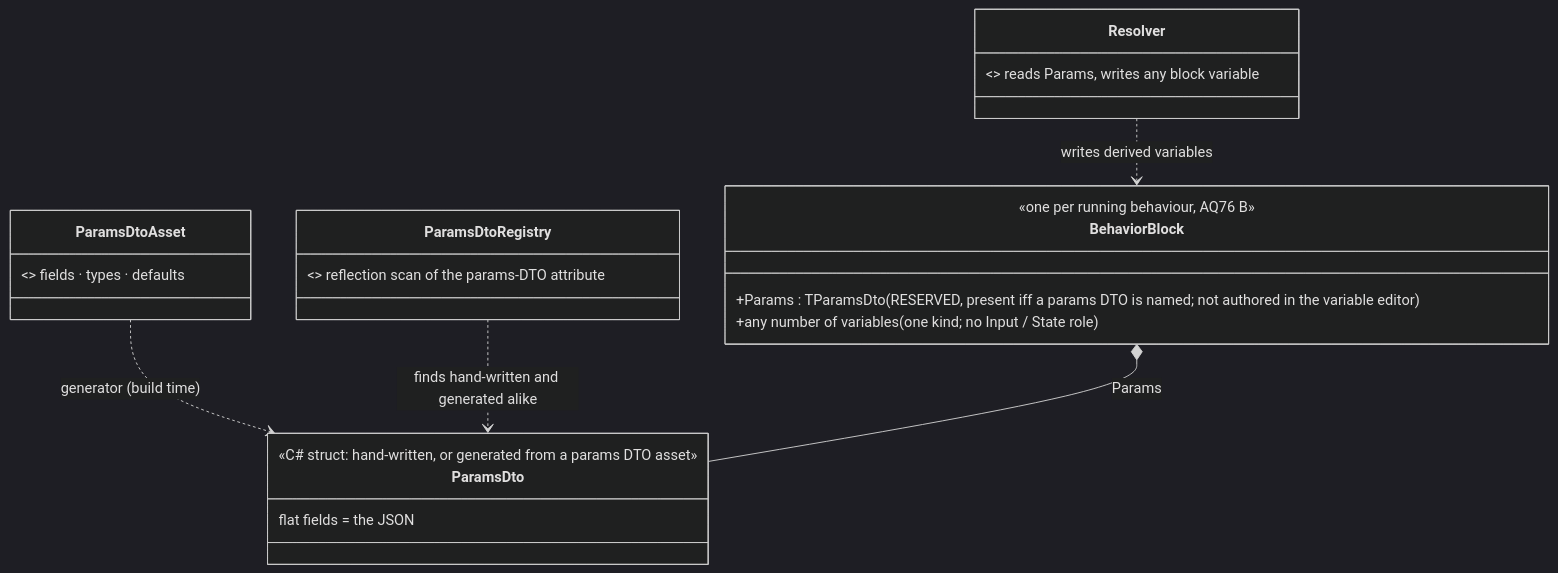
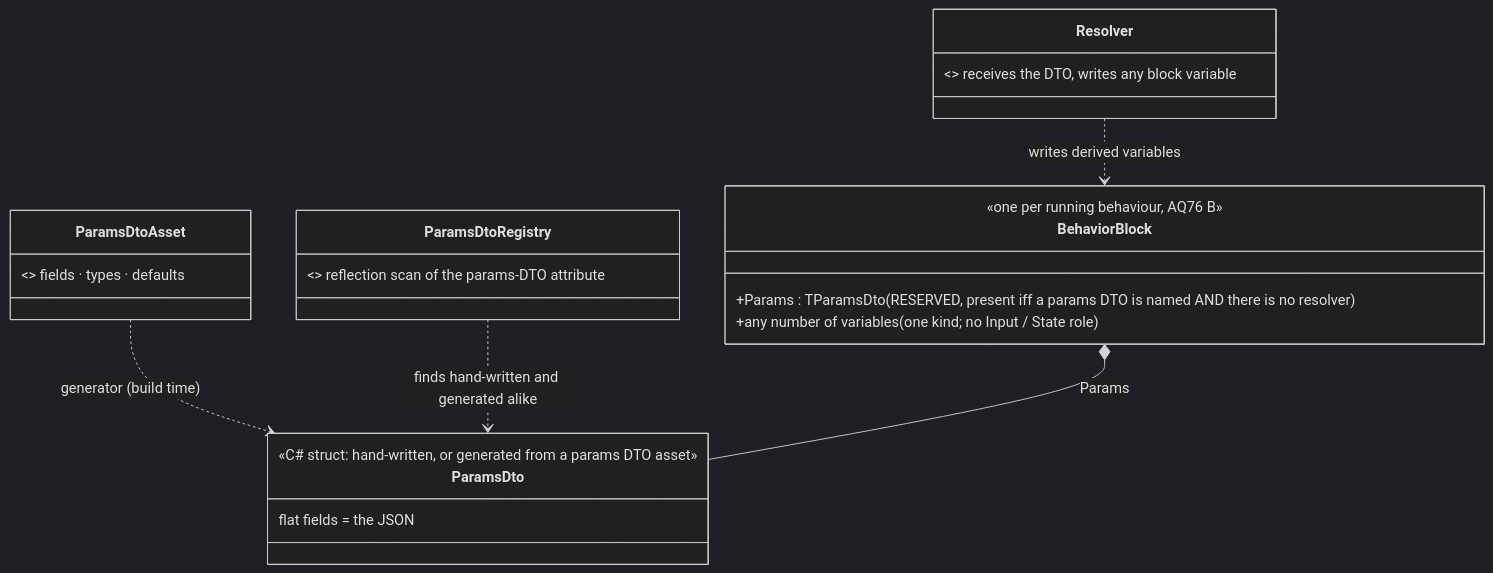
The third of 3 diagrams in docs/blueprints/Architect_Question_90_Unit_Orders_Carry_Capacity.md (pjanec/HROT), drawn with Mermaid (dark theme) before and after one commit. The commit also changed other lines of this file, not shown here.

First line of the commit message:
AQ90 §2.3j revised: Params exists only without a resolver; a params DTO may be a class (params travel only as JSON); a load check forbids a class only where it would be stored

````diff
--- a/docs/blueprints/Architect_Question_90_Unit_Orders_Carry_Capacity.md
+++ b/docs/blueprints/Architect_Question_90_Unit_Orders_Carry_Capacity.md
@@ -431,25 +431,25 @@
 ```mermaid
 classDiagram
   class BehaviorBlock {
     <<one per running behaviour, AQ76 B>>
-    +Params : TParamsDto  (RESERVED, present iff a params DTO is named; not authored in the variable editor)
+    +Params : TParamsDto  (RESERVED, present iff a params DTO is named AND there is no resolver)
     +any number of variables  (one kind; no Input / State role)
   }
   class ParamsDto {
     <<C# struct: hand-written, or generated from a params DTO asset>>
     flat fields = the JSON
   }
   class ParamsDtoAsset {
     <<NEW, *.params.json>> fields · types · defaults
   }
   class ParamsDtoRegistry {
     <<NEW, editor>> reflection scan of the params-DTO attribute
   }
   class Resolver {
-    <<optional, C# or blueprint>> reads Params, writes any block variable
+    <<optional, C# or blueprint>> receives the DTO, writes any block variable
   }
   ParamsDtoAsset ..> ParamsDto : generator (build time)
   ParamsDtoRegistry ..> ParamsDto : finds hand-written and generated alike
   BehaviorBlock *-- ParamsDto : Params
   Resolver ..> BehaviorBlock : writes derived variables
 ```
````
